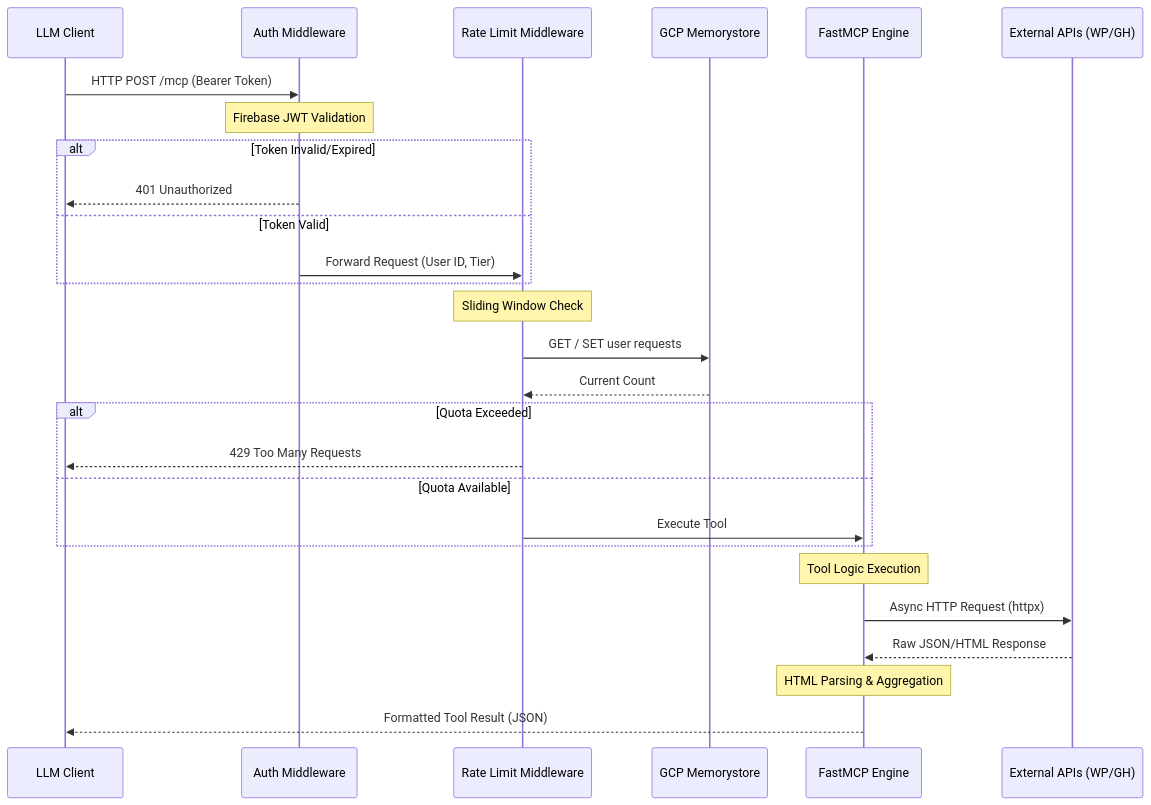
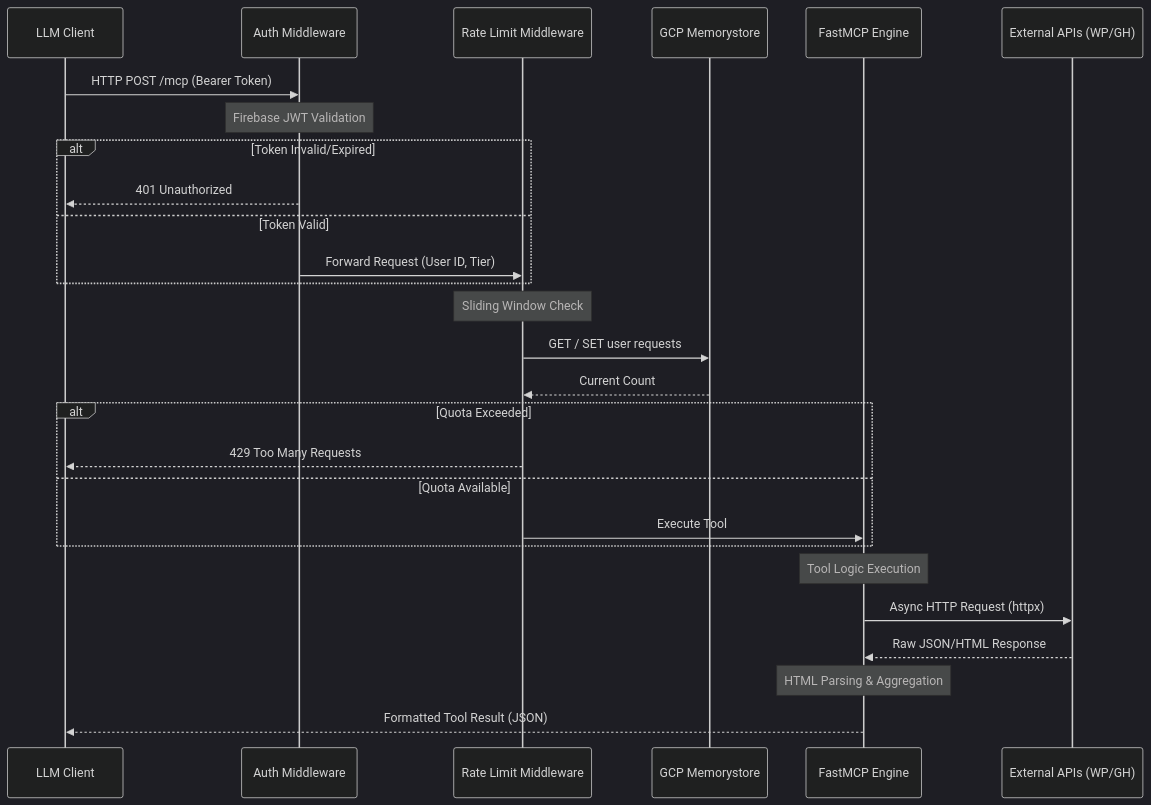
The second of 2 diagrams in docs/1-technical/architecture.md (ambiental-media/jor-mcp), drawn with Mermaid before and after one commit. The commit also changed other lines of this file, not shown here.

Commit message:
change diagram theme

````diff
--- a/docs/1-technical/architecture.md
+++ b/docs/1-technical/architecture.md
@@ -51,36 +51,36 @@
 ```mermaid
-%%{init: {'theme': 'default'}}%%
+%%{init: {'theme': 'dark'}}%%
 sequenceDiagram
     participant C as LLM Client
     participant Auth as Auth Middleware
     participant RL as Rate Limit Middleware
     participant Redis as GCP Memorystore
     participant MCP as FastMCP Engine
     participant Ext as External APIs (WP/GH)
 
     C->>Auth: HTTP POST /mcp (Bearer Token)
     
     Note over Auth: Firebase JWT Validation
     alt Token Invalid/Expired
         Auth-->>C: 401 Unauthorized
     else Token Valid
         Auth->>RL: Forward Request (User ID, Tier)
     end
 
     Note over RL: Sliding Window Check
     RL->>Redis: GET / SET user requests
     Redis-->>RL: Current Count
     
     alt Quota Exceeded
         RL-->>C: 429 Too Many Requests
     else Quota Available
         RL->>MCP: Execute Tool
     end
 
     Note over MCP: Tool Logic Execution
     MCP->>Ext: Async HTTP Request (httpx)
     Ext-->>MCP: Raw JSON/HTML Response
     
     Note over MCP: HTML Parsing & Aggregation
     MCP-->>C: Formatted Tool Result (JSON)
 ```
````
